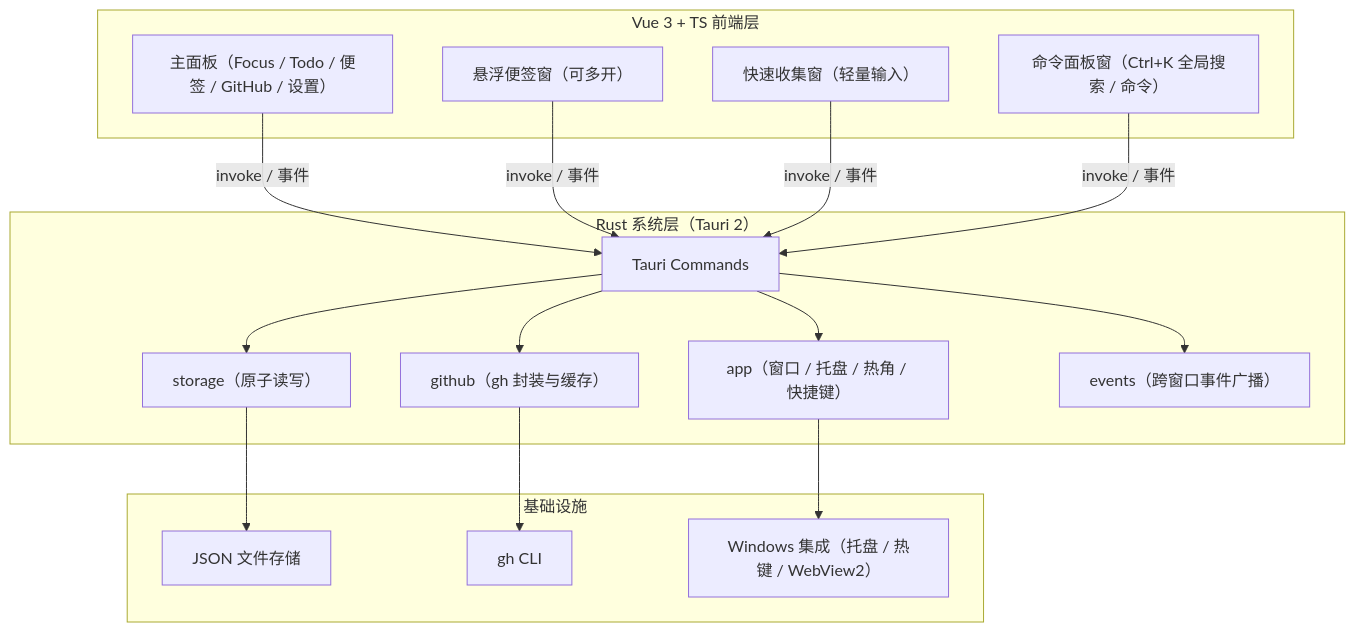
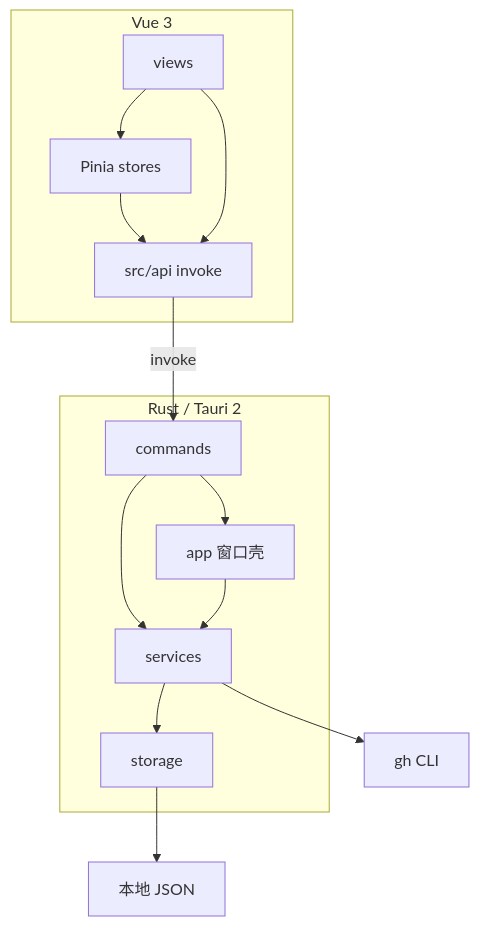
Before and after one commit to wynxing/MayDolist: the first of 2 diagrams in docs/architecture.md, drawn with Mermaid. The commit also changed other lines of this file and 2 other files, not shown here.

First line of the commit message:
docs: rewrite architecture.md as a current system map

````diff
--- a/docs/architecture.md
+++ b/docs/architecture.md
@@ -76,35 +21,24 @@
 ```mermaid
 flowchart TB
-    subgraph UI["Vue 3 + TS 前端层"]
-        Main["主面板（Focus / Todo / 便签 / GitHub / 设置）"]
-        Note["悬浮便签窗（可多开）"]
-        Quick["快速收集窗（轻量输入）"]
-        Palette["命令面板窗（Ctrl+K 全局搜索 / 命令）"]
+    subgraph vue [Vue 3]
+        Views[views]
+        Stores[Pinia stores]
+        Api[src/api invoke]
     end
-
-    subgraph Rust["Rust 系统层（Tauri 2）"]
-        Cmd["Tauri Commands"]
-        App["app（窗口 / 托盘 / 热角 / 快捷键）"]
-        Store["storage（原子读写）"]
-        Gh["github（gh 封装与缓存）"]
-        Evt["events（跨窗口事件广播）"]
+    subgraph rust [Rust / Tauri 2]
+        Cmd[commands]
+        Svc[services]
+        App[app 窗口壳]
+        Store[storage]
     end
-
-    subgraph Infra["基础设施"]
-        FS["JSON 文件存储"]
-        GhCli["gh CLI"]
-        OS["Windows 集成（托盘 / 热键 / WebView2）"]
-    end
-
-    Main -->|invoke / 事件| Cmd
-    Note -->|invoke / 事件| Cmd
-    Quick -->|invoke / 事件| Cmd
-    Palette -->|invoke / 事件| Cmd
+    Views --> Stores
+    Stores --> Api
+    Views --> Api
+    Api -->|invoke| Cmd
+    Cmd --> Svc
     Cmd --> App
-    Cmd --> Store
-    Cmd --> Gh
-    Cmd --> Evt
-    Store --> FS
-    Gh --> GhCli
-    App --> OS
+    Svc --> Store
+    App --> Svc
+    Store --> FS[本地 JSON]
+    Svc --> GhCli[gh CLI]
 ```
````
